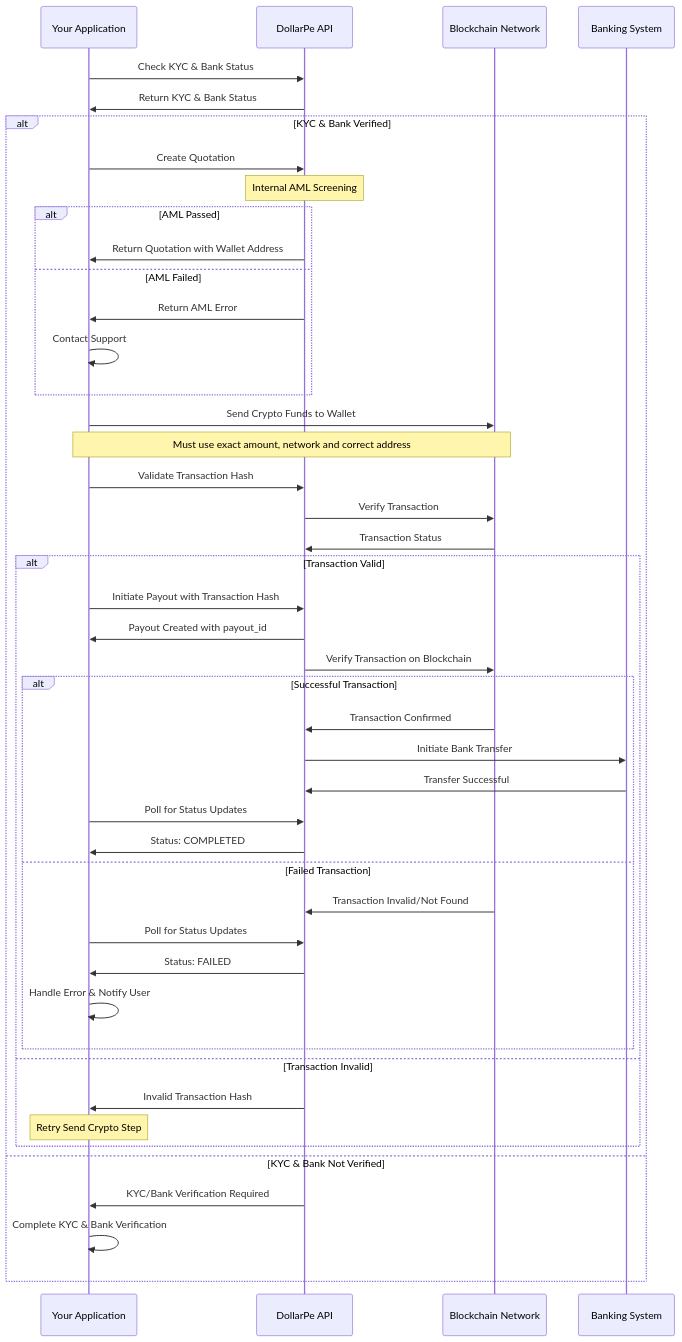
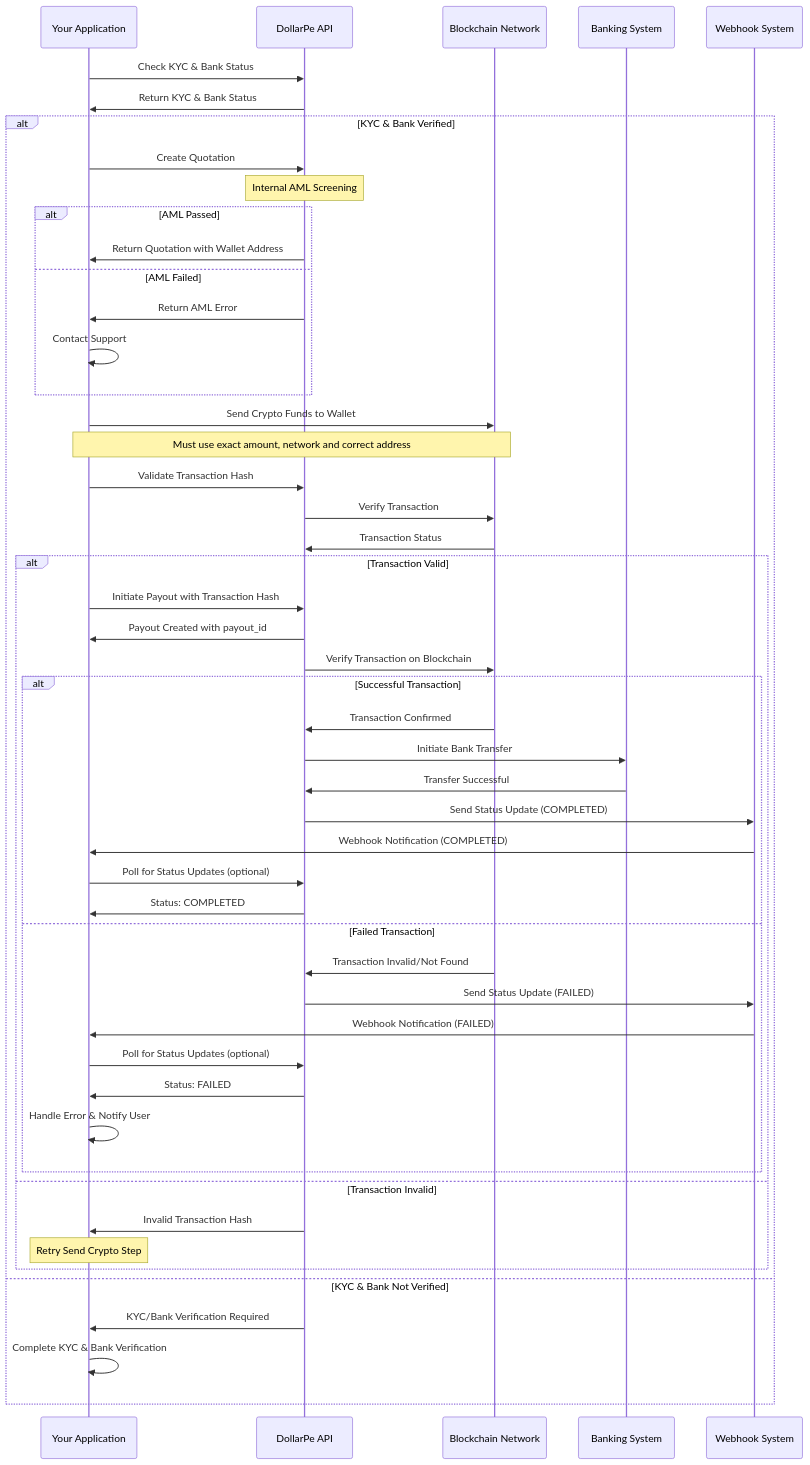
One commit to DollarPe-Infra/docs changed the second of 2 diagrams in api-reference-other/integration-guides/payout-integration-guide.mdx. Above: the diagram before and after it, drawn with Mermaid. The commit also changed other lines of this file and 7 other files, not shown here.

````diff
--- a/api-reference-other/integration-guides/payout-integration-guide.mdx
+++ b/api-reference-other/integration-guides/payout-integration-guide.mdx
@@ -96,53 +97,62 @@
 ```mermaid
 sequenceDiagram
     participant App as Your Application
     participant API as DollarPe API
     participant Blockchain as Blockchain Network
     participant Bank as Banking System
+    participant Webhook as Webhook System
 
     App->>API: Check KYC & Bank Status
     API->>App: Return KYC & Bank Status
 
     alt KYC & Bank Verified
         App->>API: Create Quotation
         Note over API: Internal AML Screening
         alt AML Passed
             API->>App: Return Quotation with Wallet Address
         else AML Failed
             API->>App: Return AML Error
             App->>App: Contact Support
         end
 
         App->>Blockchain: Send Crypto Funds to Wallet
         Note over App,Blockchain: Must use exact amount, network and correct address
 
         App->>API: Validate Transaction Hash
         API->>Blockchain: Verify Transaction
         Blockchain->>API: Transaction Status
 
         alt Transaction Valid
             App->>API: Initiate Payout with Transaction Hash
             API->>App: Payout Created with payout_id
             API->>Blockchain: Verify Transaction on Blockchain
 
             alt Successful Transaction
                 Blockchain->>API: Transaction Confirmed
                 API->>Bank: Initiate Bank Transfer
                 Bank->>API: Transfer Successful
-                App->>API: Poll for Status Updates
+
+                API->>Webhook: Send Status Update (COMPLETED)
+                Webhook->>App: Webhook Notification (COMPLETED)
+
+                App->>API: Poll for Status Updates (optional)
                 API->>App: Status: COMPLETED
             else Failed Transaction
                 Blockchain->>API: Transaction Invalid/Not Found
-                App->>API: Poll for Status Updates
+
+                API->>Webhook: Send Status Update (FAILED)
+                Webhook->>App: Webhook Notification (FAILED)
+
+                App->>API: Poll for Status Updates (optional)
                 API->>App: Status: FAILED
                 App->>App: Handle Error & Notify User
             end
         else Transaction Invalid
             API->>App: Invalid Transaction Hash
             Note over App: Retry Send Crypto Step
         end
     else KYC & Bank Not Verified
         API->>App: KYC/Bank Verification Required
         App->>App: Complete KYC & Bank Verification
     end
 ```
````
